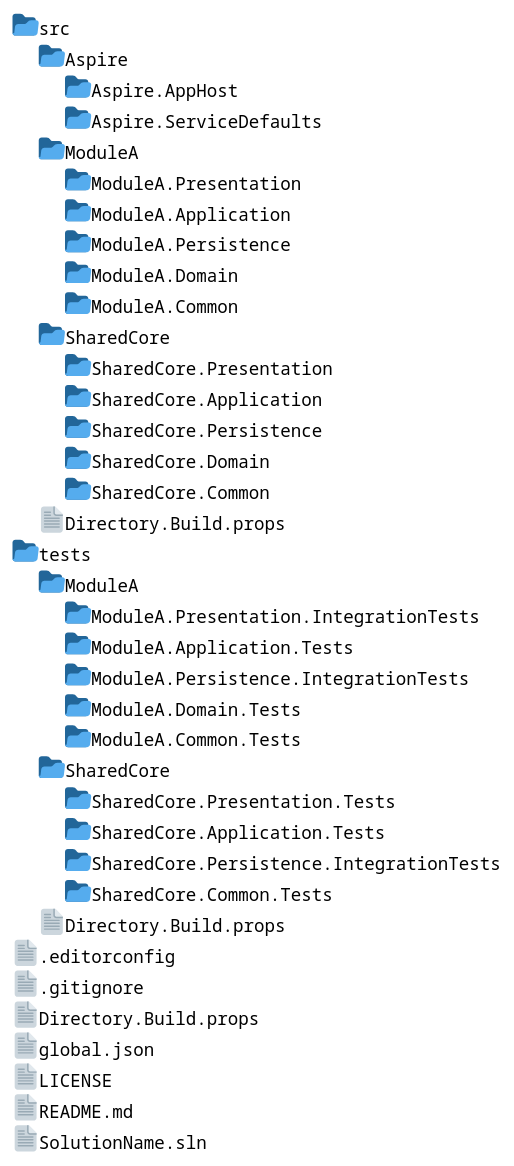
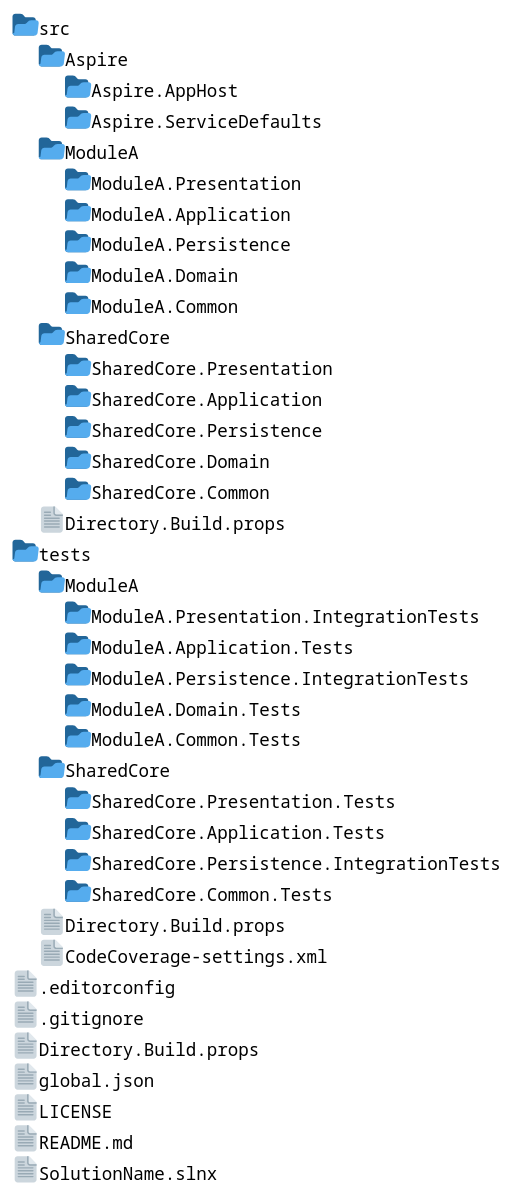
Before and after one commit to p-martinho/Modular.Api.Template: the diagram in docs/FoldersStructure.pu, drawn with PlantUML. The commit also changed 4 other files, not shown here.

```diff
--- a/docs/FoldersStructure.pu
+++ b/docs/FoldersStructure.pu
@@ -1,34 +1,35 @@
 @startfiles
 
 /src/Aspire/Aspire.AppHost/
 /src/Aspire/Aspire.ServiceDefaults/
 /src/ModuleA/ModuleA.Presentation/
 /src/ModuleA/ModuleA.Application/
 /src/ModuleA/ModuleA.Persistence/
 /src/ModuleA/ModuleA.Domain/
 /src/ModuleA/ModuleA.Common/
 /src/SharedCore/SharedCore.Presentation/
 /src/SharedCore/SharedCore.Application/
 /src/SharedCore/SharedCore.Persistence/
 /src/SharedCore/SharedCore.Domain/
 /src/SharedCore/SharedCore.Common/
 /src/Directory.Build.props
 /tests/ModuleA/ModuleA.Presentation.IntegrationTests/
 /tests/ModuleA/ModuleA.Application.Tests/
 /tests/ModuleA/ModuleA.Persistence.IntegrationTests/
 /tests/ModuleA/ModuleA.Domain.Tests/
 /tests/ModuleA/ModuleA.Common.Tests/
 /tests/SharedCore/SharedCore.Presentation.Tests/
 /tests/SharedCore/SharedCore.Application.Tests/
 /tests/SharedCore/SharedCore.Persistence.IntegrationTests/
 /tests/SharedCore/SharedCore.Common.Tests/
 /tests/Directory.Build.props
+/tests/CodeCoverage-settings.xml
 /.editorconfig
 /.gitignore
 /Directory.Build.props
 /global.json
 /LICENSE
 /README.md
-/SolutionName.sln
+/SolutionName.slnx
 
 @endfiles
```
